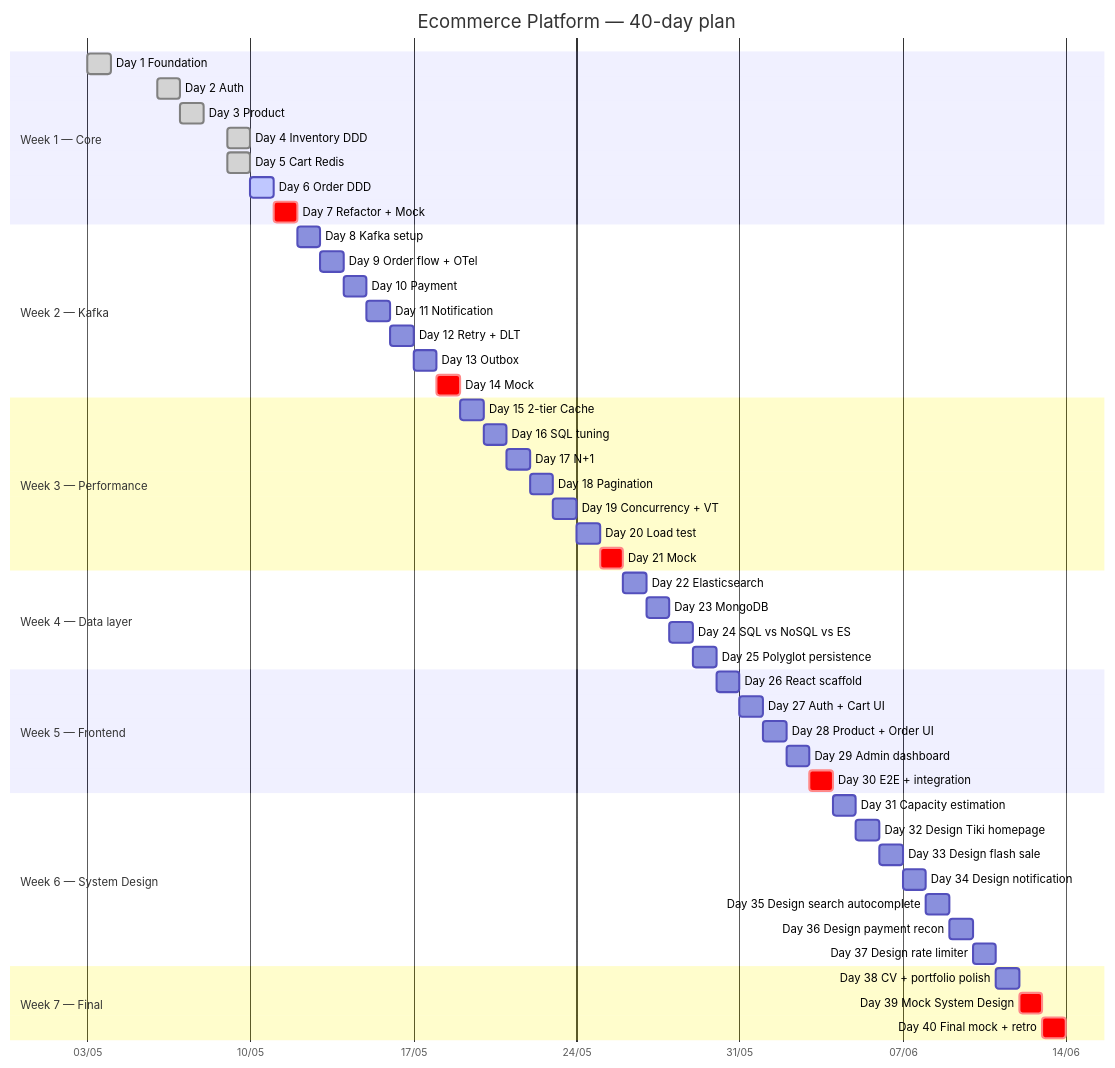
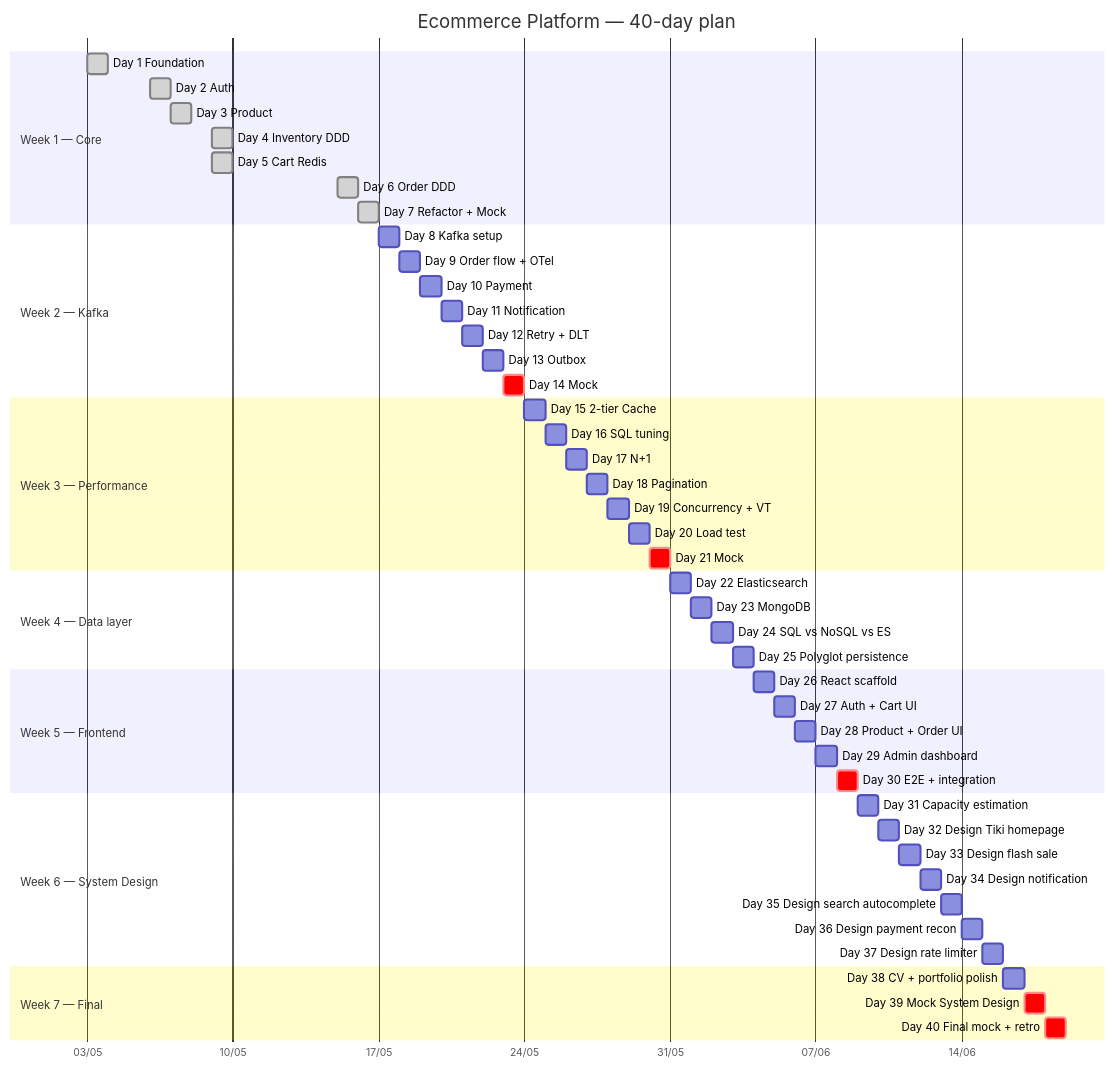
One commit to codevuichamcom/ecommerce-platform changed the diagram in docs/ROADMAP.md. Above: the diagram before and after it, drawn with Mermaid. The commit also changed other lines of this file and 33 other files, not shown here.

````diff
--- a/docs/ROADMAP.md
+++ b/docs/ROADMAP.md
@@ -50,60 +50,60 @@
 ```mermaid
 gantt
     title Ecommerce Platform — 40-day plan
     dateFormat  YYYY-MM-DD
     axisFormat  %d/%m
 
     section Week 1 — Core
     Day 1 Foundation              :done,    d1, 2026-05-03, 1d
     Day 2 Auth                    :done,    d2, 2026-05-06, 1d
     Day 3 Product                 :done,    d3, 2026-05-07, 1d
     Day 4 Inventory DDD           :done,    d4, 2026-05-09, 1d
     Day 5 Cart Redis              :done,    d5, 2026-05-09, 1d
-    Day 6 Order DDD               :active,  d6, after d5, 1d
-    Day 7 Refactor + Mock         :crit,    d7, after d6, 1d
+    Day 6 Order DDD               :done,    d6, 2026-05-15, 1d
+    Day 7 Refactor + Mock         :done,    d7, 2026-05-16, 1d
 
     section Week 2 — Kafka
     Day 8 Kafka setup             :         d8, after d7, 1d
     Day 9 Order flow + OTel       :         d9, after d8, 1d
     Day 10 Payment                :         d10, after d9, 1d
     Day 11 Notification           :         d11, after d10, 1d
     Day 12 Retry + DLT            :         d12, after d11, 1d
     Day 13 Outbox                 :         d13, after d12, 1d
     Day 14 Mock                   :crit,    d14, after d13, 1d
 
     section Week 3 — Performance
     Day 15 2-tier Cache           :         d15, after d14, 1d
     Day 16 SQL tuning             :         d16, after d15, 1d
     Day 17 N+1                    :         d17, after d16, 1d
     Day 18 Pagination             :         d18, after d17, 1d
     Day 19 Concurrency + VT       :         d19, after d18, 1d
     Day 20 Load test              :         d20, after d19, 1d
     Day 21 Mock                   :crit,    d21, after d20, 1d
 
     section Week 4 — Data layer
     Day 22 Elasticsearch          :         d22, after d21, 1d
     Day 23 MongoDB                :         d23, after d22, 1d
     Day 24 SQL vs NoSQL vs ES     :         d24, after d23, 1d
     Day 25 Polyglot persistence   :         d25, after d24, 1d
 
     section Week 5 — Frontend
     Day 26 React scaffold         :         d26, after d25, 1d
     Day 27 Auth + Cart UI         :         d27, after d26, 1d
     Day 28 Product + Order UI     :         d28, after d27, 1d
     Day 29 Admin dashboard        :         d29, after d28, 1d
     Day 30 E2E + integration      :crit,    d30, after d29, 1d
 
     section Week 6 — System Design
     Day 31 Capacity estimation    :         d31, after d30, 1d
     Day 32 Design Tiki homepage   :         d32, after d31, 1d
     Day 33 Design flash sale      :         d33, after d32, 1d
     Day 34 Design notification    :         d34, after d33, 1d
     Day 35 Design search autocomplete :     d35, after d34, 1d
     Day 36 Design payment recon   :         d36, after d35, 1d
     Day 37 Design rate limiter    :         d37, after d36, 1d
 
     section Week 7 — Final
     Day 38 CV + portfolio polish  :         d38, after d37, 1d
     Day 39 Mock System Design     :crit,    d39, after d38, 1d
     Day 40 Final mock + retro     :crit,    d40, after d39, 1d
 ```
````
